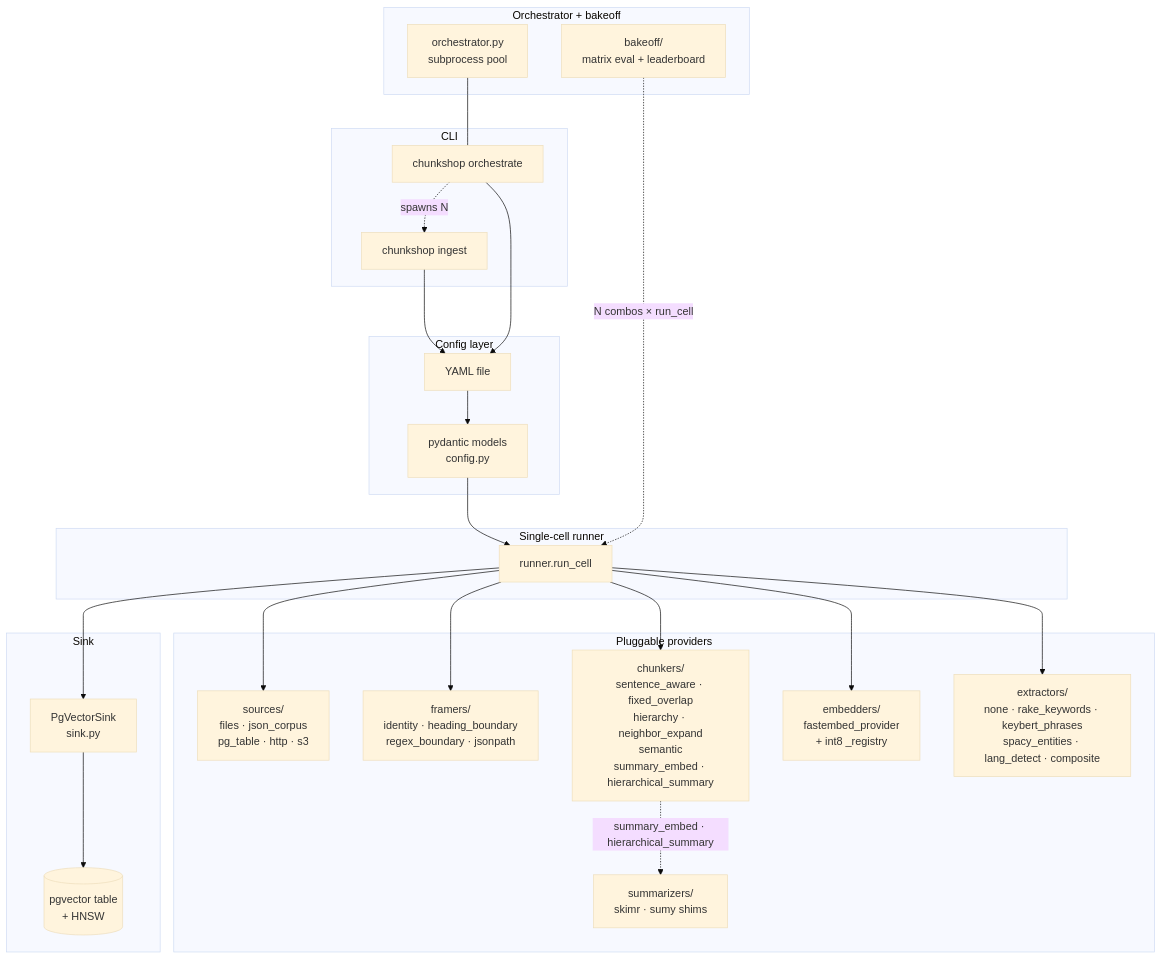
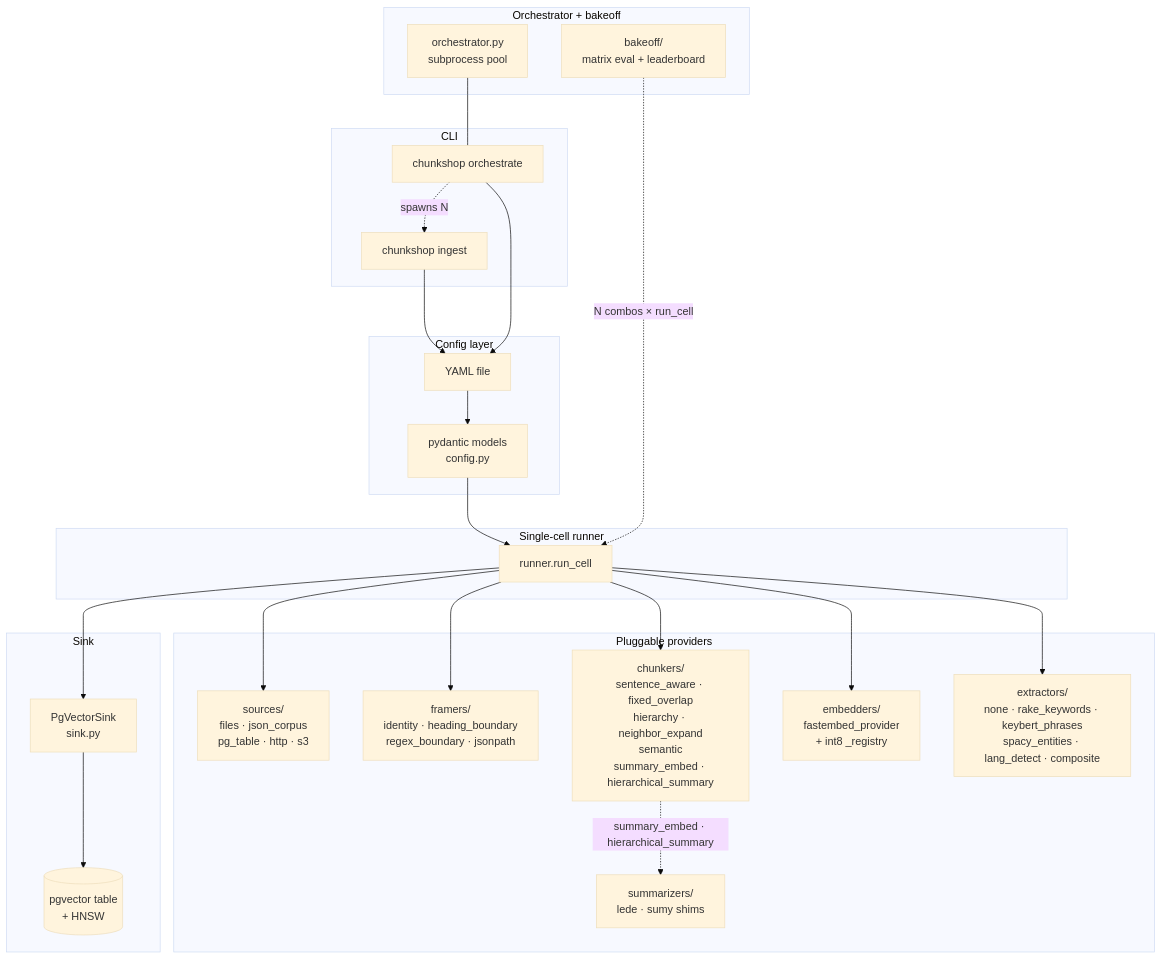
The first of 4 diagrams in docs/architecture.md (yonk-labs/chunkshop), drawn with Mermaid (base theme) before and after one commit. The commit also changed other lines of this file and 20 other files, not shown here.

````diff
--- a/docs/architecture.md
+++ b/docs/architecture.md
@@ -14,51 +14,51 @@
 ```mermaid
 flowchart TB
     subgraph cli[CLI]
       I[chunkshop ingest]
       O[chunkshop orchestrate]
     end
 
     subgraph config[Config layer]
       Y[YAML file]
       P[pydantic models<br/>config.py]
     end
 
     subgraph runner[Single-cell runner]
       R[runner.run_cell]
     end
 
     subgraph providers[Pluggable providers]
       SRC[sources/<br/>files · json_corpus<br/>pg_table · http · s3]
       FRM[framers/<br/>identity · heading_boundary<br/>regex_boundary · jsonpath]
       CHK[chunkers/<br/>sentence_aware · fixed_overlap<br/>hierarchy · neighbor_expand<br/>semantic<br/>summary_embed · hierarchical_summary]
       EMB[embedders/<br/>fastembed_provider<br/>+ int8 _registry]
       EXT[extractors/<br/>none · rake_keywords · keybert_phrases<br/>spacy_entities · lang_detect · composite]
-      SUM[summarizers/<br/>skimr · sumy shims]
+      SUM[summarizers/<br/>lede · sumy shims]
     end
 
     subgraph sink[Sink]
       SK[PgVectorSink<br/>sink.py]
       DB[(pgvector table<br/>+ HNSW)]
     end
 
     subgraph orch[Orchestrator + bakeoff]
       OR[orchestrator.py<br/>subprocess pool]
       BO[bakeoff/<br/>matrix eval + leaderboard]
     end
 
     I --> Y
     O --> Y
     Y --> P
     P --> R
     R --> SRC
     R --> FRM
     R --> CHK
     R --> EMB
     R --> EXT
     CHK -.summary_embed · hierarchical_summary.-> SUM
     R --> SK
     SK --> DB
     O -.spawns N.-> I
     OR --- O
     BO -.N combos × run_cell.-> R
 ```
````
